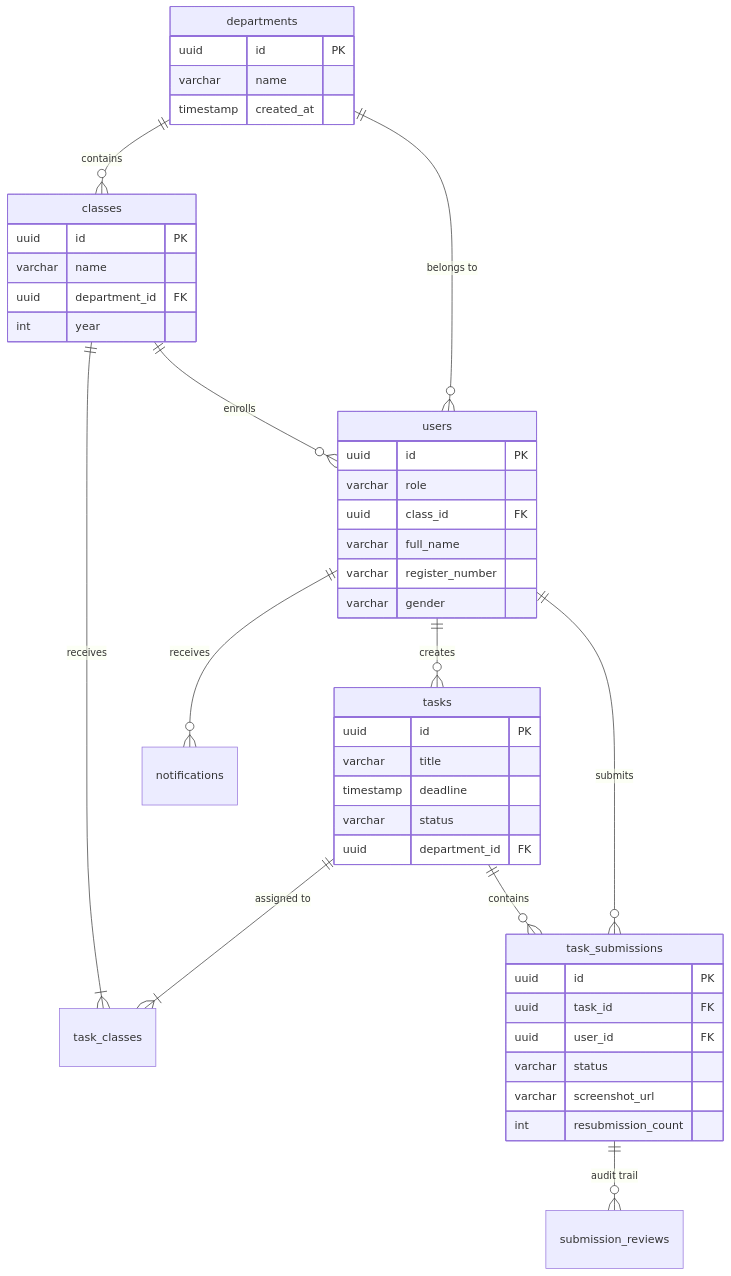
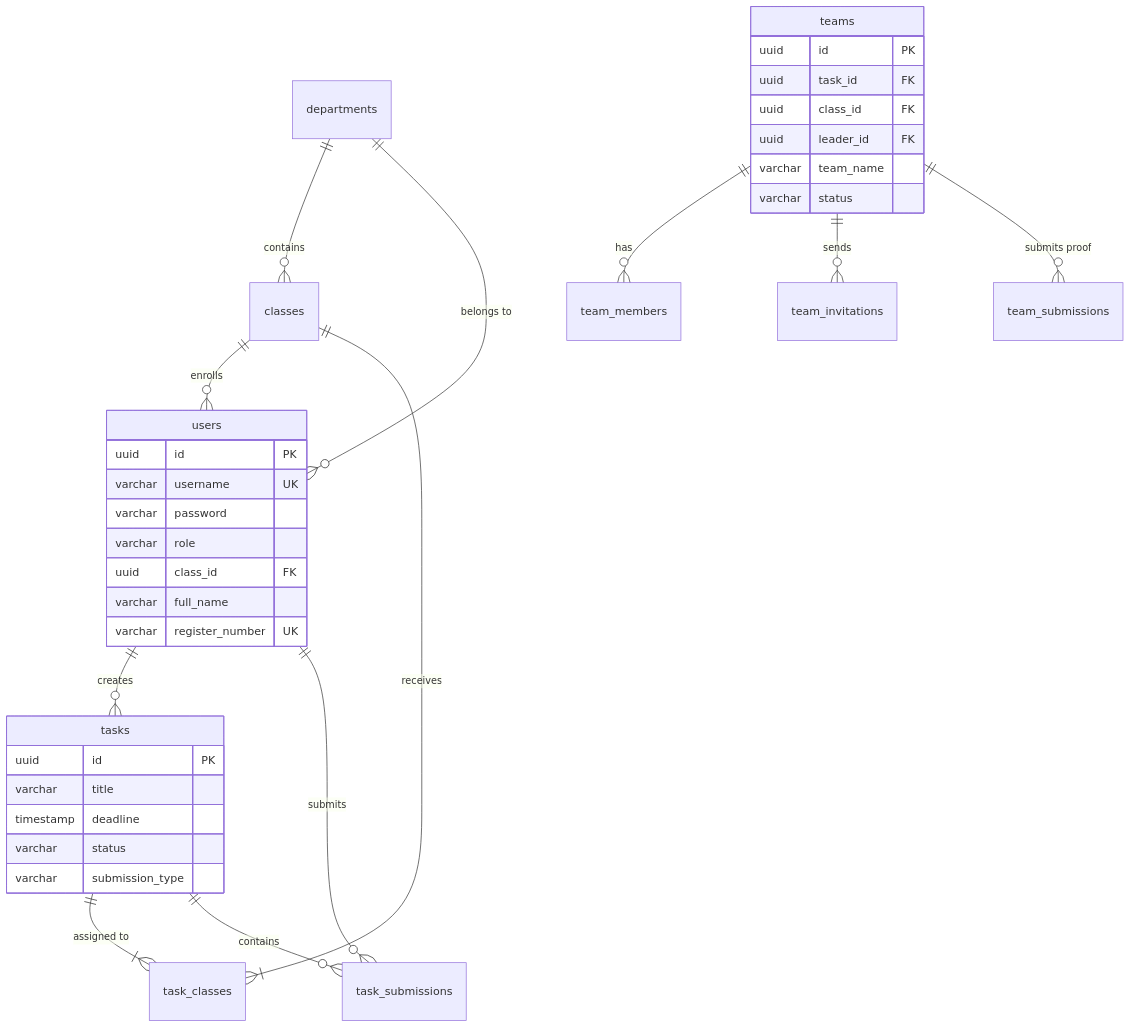
One commit to Tharun4743/IT_taskmanager changed the second of 2 diagrams in README.md. Above: the diagram before and after it, drawn with Mermaid. The commit also changed other lines of this file and 3 other files, not shown here.

Commit message:
docs & features: update README with full workflows, security hotfixes, team task logic, and 3-sheet Excel report specification

````diff
--- a/README.md
+++ b/README.md
@@ -121,48 +169,39 @@
 ```mermaid
 erDiagram
     departments ||--o{ classes : "contains"
     departments ||--o{ users : "belongs to"
     classes ||--o{ users : "enrolls"
     users ||--o{ tasks : "creates"
     tasks ||--|{ task_classes : "assigned to"
     classes ||--|{ task_classes : "receives"
     users ||--o{ task_submissions : "submits"
     tasks ||--o{ task_submissions : "contains"
-    task_submissions ||--o{ submission_reviews : "audit trail"
-    users ||--o{ notifications : "receives"
+    teams ||--o{ team_members : "has"
+    teams ||--o{ team_invitations : "sends"
+    teams ||--o{ team_submissions : "submits proof"
 
-    departments {
-        uuid id PK
-        varchar name
-        timestamp created_at
-    }
-    classes {
-        uuid id PK
-        varchar name
-        uuid department_id FK
-        int year
-    }
     users {
         uuid id PK
+        varchar username UK
+        varchar password
         varchar role
         uuid class_id FK
         varchar full_name
-        varchar register_number
-        varchar gender
+        varchar register_number UK
     }
     tasks {
         uuid id PK
         varchar title
         timestamp deadline
         varchar status
-        uuid department_id FK
+        varchar submission_type
     }
-    task_submissions {
+    teams {
         uuid id PK
         uuid task_id FK
-        uuid user_id FK
+        uuid class_id FK
+        uuid leader_id FK
+        varchar team_name
         varchar status
-        varchar screenshot_url
-        int resubmission_count
     }
 ```
````
